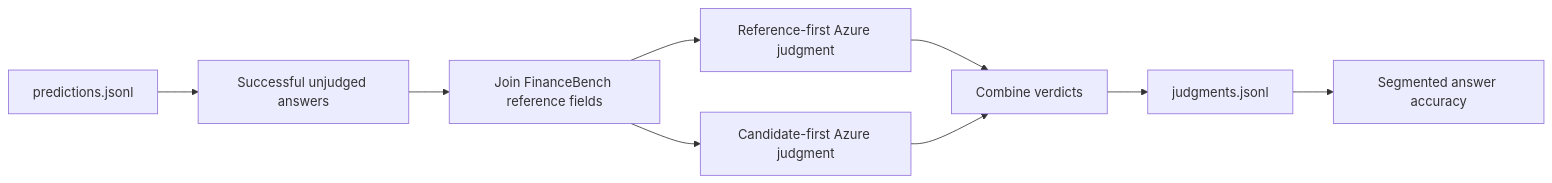
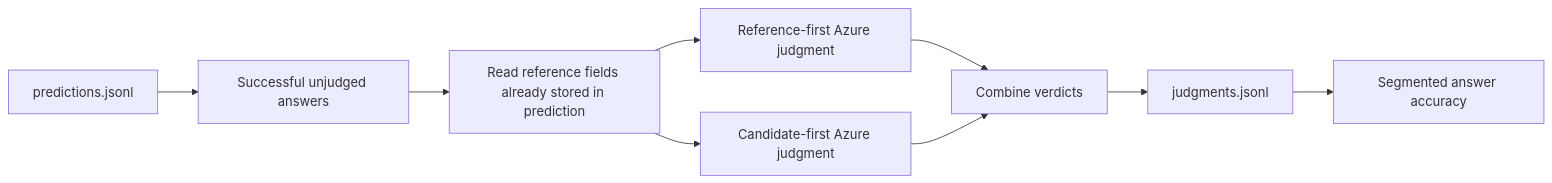
Before and after one commit to 14zhasim/Agentic_RAG: the ninth of 10 diagrams in docs sys design/benchmark/FinanceBench Implementation Guide.md, drawn with Mermaid. The commit also changed other lines of this file and 10 other files, not shown here.

````diff
--- a/docs sys design/benchmark/FinanceBench Implementation Guide.md
+++ b/docs sys design/benchmark/FinanceBench Implementation Guide.md
@@ -1254,11 +1356,11 @@
 ```mermaid
 flowchart LR
     P[predictions.jsonl] --> S[Successful unjudged answers]
-    S --> D[Join FinanceBench reference fields]
+    S --> D[Read reference fields already stored in prediction]
     D --> A[Reference-first Azure judgment]
     D --> B[Candidate-first Azure judgment]
     A --> C[Combine verdicts]
     B --> C
     C --> J[judgments.jsonl]
     J --> R[Segmented answer accuracy]
 ```
````
